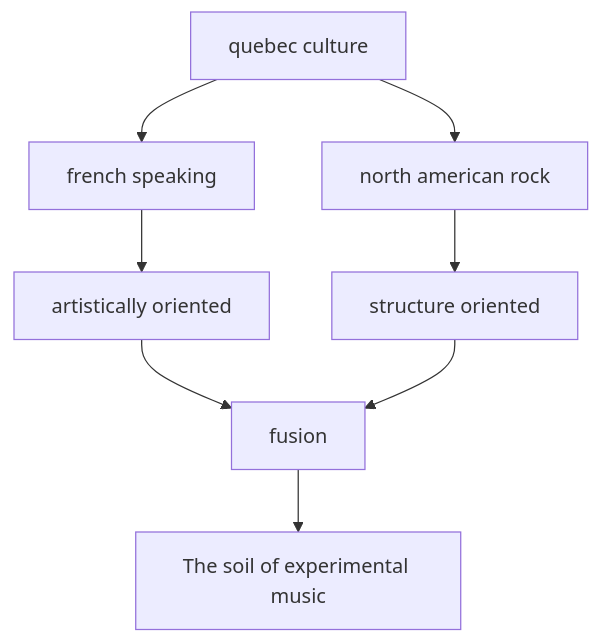
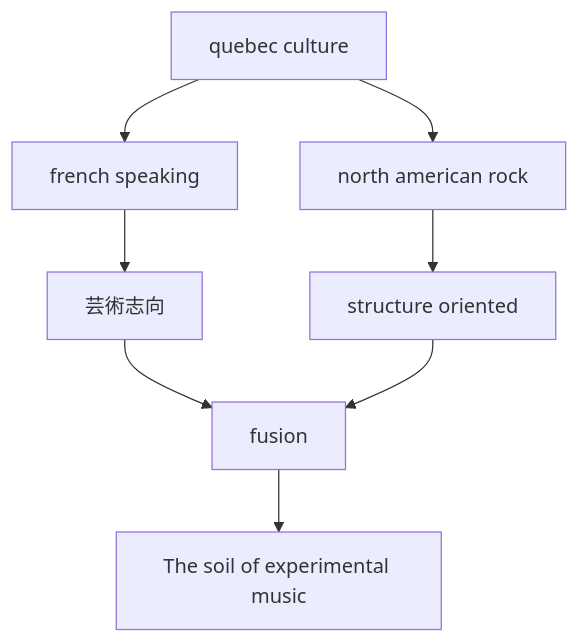
One commit to monumental-movement/monumental-movement.github.io changed the first of 7 diagrams in en/_posts/2026-04-11-column-angine-de-poitrine.md. Above: the diagram before and after it, drawn with Mermaid. The commit also changed other lines of this file and 2196 other files, not shown here.

```diff
--- a/en/_posts/2026-04-11-column-angine-de-poitrine.md
+++ b/en/_posts/2026-04-11-column-angine-de-poitrine.md
@@ -57,10 +57,10 @@
 <div class="mermaid">
 flowchart TD
 A[quebec culture] --> B[french speaking]
 A --> C[north american rock]
-B --> D[artistically oriented]
+B --> D[芸術志向]
 C --> E[structure oriented]
 D --> F[fusion]
 E --> F
 F --> G[The soil of experimental music]
 </div>
```
